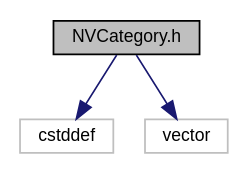
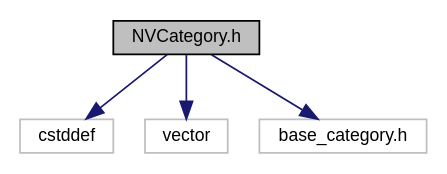
The diagram in libnvstrings/0.8.0/NVCategory_8h__incl.dot (rapidsai/projects), drawn with Graphviz before and after one commit. The commit also changed 30 other files, not shown here.

```diff
--- a/libnvstrings/0.8.0/NVCategory_8h__incl.dot
+++ b/libnvstrings/0.8.0/NVCategory_8h__incl.dot
@@ -1,10 +1,12 @@
 digraph "NVCategory.h"
 {
   edge [fontname="Helvetica",fontsize="10",labelfontname="Helvetica",labelfontsize="10"];
   node [fontname="Helvetica",fontsize="10",shape=record];
   Node0 [label="NVCategory.h",height=0.2,width=0.4,color="black", fillcolor="grey75", style="filled", fontcolor="black"];
   Node0 -> Node1 [color="midnightblue",fontsize="10",style="solid",fontname="Helvetica"];
   Node1 [label="cstddef",height=0.2,width=0.4,color="grey75", fillcolor="white", style="filled"];
   Node0 -> Node2 [color="midnightblue",fontsize="10",style="solid",fontname="Helvetica"];
   Node2 [label="vector",height=0.2,width=0.4,color="grey75", fillcolor="white", style="filled"];
+  Node0 -> Node3 [color="midnightblue",fontsize="10",style="solid",fontname="Helvetica"];
+  Node3 [label="base_category.h",height=0.2,width=0.4,color="grey75", fillcolor="white", style="filled"];
 }
```
